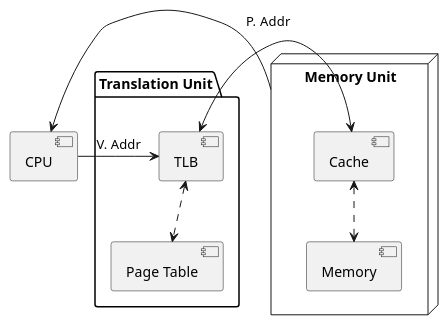
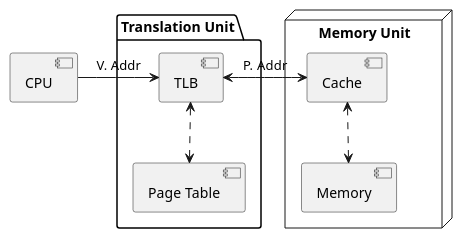
The diagram in Computer-Science/Page table.md (ashwinreddy/wiki), drawn with PlantUML before and after one commit.

Commit message:
Updated Page table.md (markdown)

```diff
--- a/Computer-Science/Page table.md
+++ b/Computer-Science/Page table.md
@@ -6,20 +6,19 @@
 @startuml
 
 package "Translation Unit" {
   [TLB]
   [Page Table]
 }
 
 node "Memory Unit" {
     [Cache]
     [Memory]
 }
 
 [CPU]
 
 [CPU] -> [TLB]: V. Addr
 [TLB] <-> [Cache]: P. Addr
 [TLB] <..> [Page Table]
 [Cache] <..> [Memory]
-"Memory Unit" -> [CPU]
 @enduml
```
